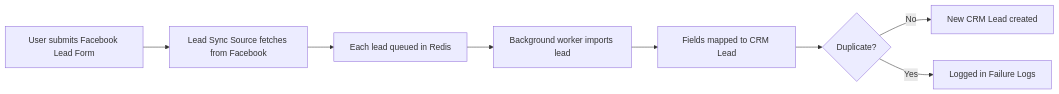
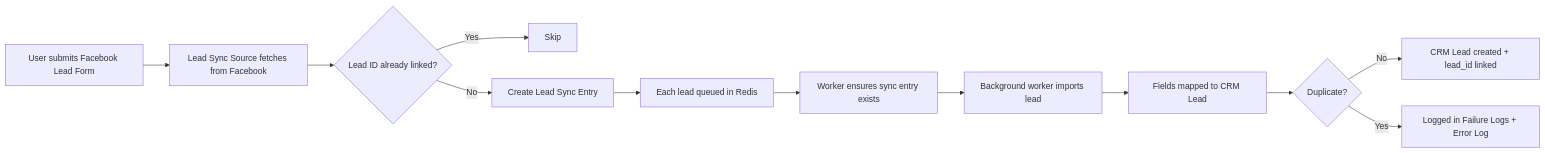
The diagram in docs/product/lead_sync_souce.md (CarrumMobility/frappe-core), drawn with Mermaid before and after one commit. The commit also changed other lines of this file and 8 other files, not shown here.

````diff
--- a/docs/product/lead_sync_souce.md
+++ b/docs/product/lead_sync_souce.md
@@ -29,10 +29,14 @@
 ```mermaid
 flowchart LR
     A[User submits Facebook Lead Form] --> B[Lead Sync Source fetches from Facebook]
-    B --> C[Each lead queued in Redis]
-    C --> D[Background worker imports lead]
-    D --> E[Fields mapped to CRM Lead]
-    E --> F{Duplicate?}
-    F -->|No| G[New CRM Lead created]
-    F -->|Yes| H[Logged in Failure Logs]
+    B --> C{Lead ID already linked?}
+    C -->|Yes| D[Skip]
+    C -->|No| E[Create Lead Sync Entry]
+    E --> F[Each lead queued in Redis]
+    F --> G[Worker ensures sync entry exists]
+    G --> H[Background worker imports lead]
+    H --> I[Fields mapped to CRM Lead]
+    I --> J{Duplicate?}
+    J -->|No| K[CRM Lead created + lead_id linked]
+    J -->|Yes| L[Logged in Failure Logs + Error Log]
 ```
````
